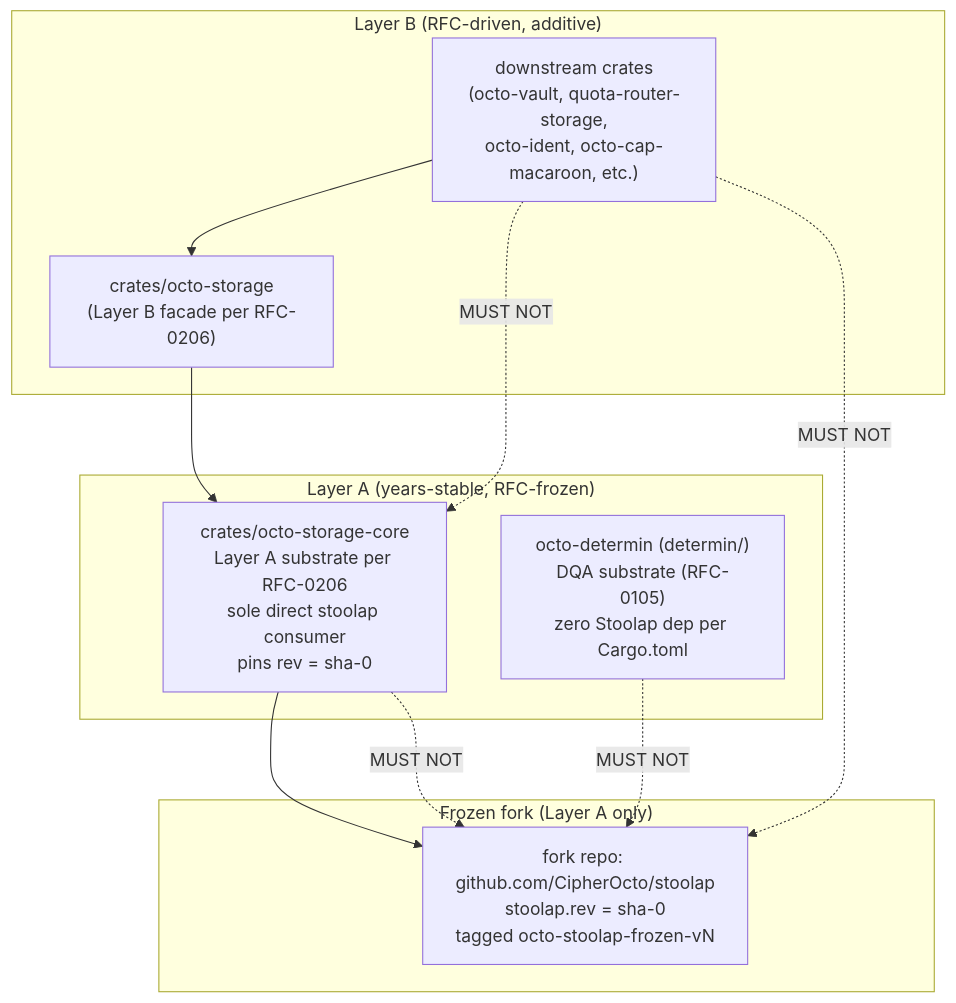
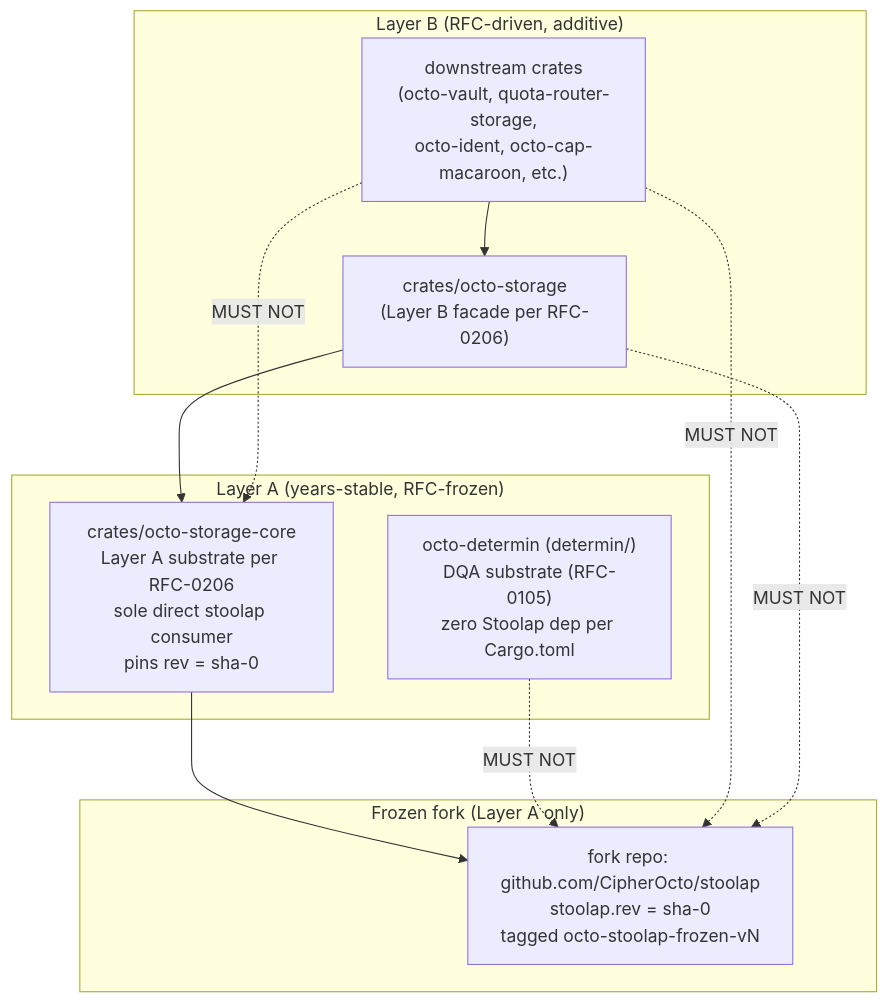
Before and after one commit to CipherOcto/cipherocto: the diagram in rfcs/draft/storage/0205-stoolap-fork-stability.md, drawn with Mermaid. The commit also changed other lines of this file and 5 other files, not shown here.

````diff
--- a/rfcs/draft/storage/0205-stoolap-fork-stability.md
+++ b/rfcs/draft/storage/0205-stoolap-fork-stability.md
@@ -97,21 +97,21 @@
 ```mermaid
 graph TD
     subgraph LayerA["Layer A (years-stable, RFC-frozen)"]
         Core["crates/octo-storage-core<br/>Layer A substrate per RFC-0206<br/>sole direct stoolap consumer<br/>pins rev = sha-0"]
         Determin["octo-determin (determin/)<br/>DQA substrate (RFC-0105)<br/>zero Stoolap dep per Cargo.toml"]
     end
     subgraph FrozenTier["Frozen fork (Layer A only)"]
         Frozen["fork repo: github.com/CipherOcto/stoolap<br/>stoolap.rev = sha-0<br/>tagged octo-stoolap-frozen-vN"]
     end
     Core --> Frozen
     subgraph LayerB["Layer B (RFC-driven, additive)"]
         Facade["crates/octo-storage<br/>(Layer B facade per RFC-0206)"]
         Consumers["downstream crates<br/>(octo-vault, quota-router-storage,<br/>octo-ident, octo-cap-macaroon, etc.)"]
     end
     Facade --> Core
     Consumers --> Facade
-    Core -. MUST NOT .-> Frozen
     Determin -. MUST NOT .-> Frozen
     Consumers -. MUST NOT .-> Frozen
     Consumers -. MUST NOT .-> Core
+    Facade -. MUST NOT .-> Frozen
 ```
````
